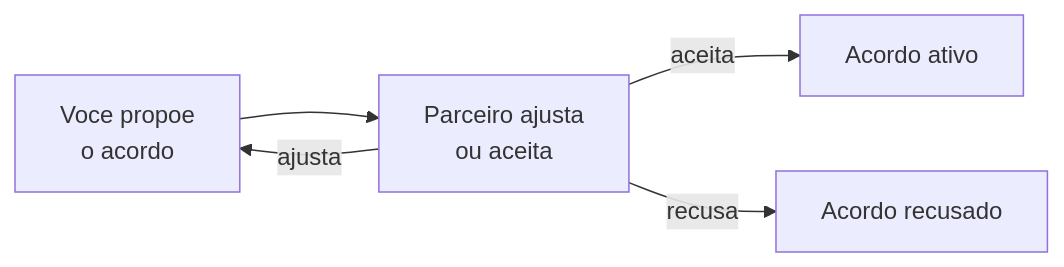
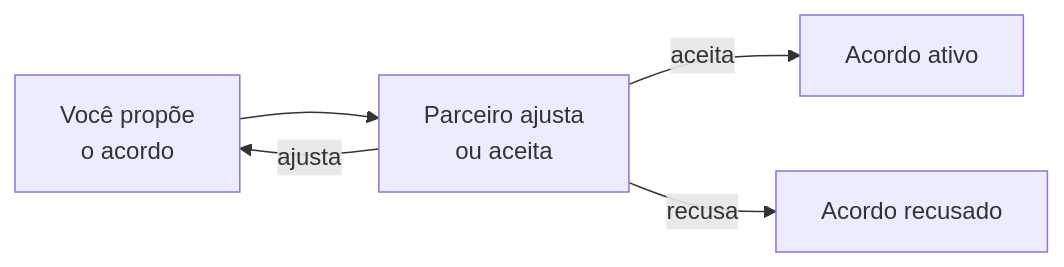
Before and after one commit to LocFlowTeam/locflow-docs: the first of 2 diagrams in configuracoes/programa-de-parceiros.md, drawn with Mermaid. The commit also changed other lines of this file and 26 other files, not shown here.

````diff
--- a/configuracoes/programa-de-parceiros.md
+++ b/configuracoes/programa-de-parceiros.md
@@ -47,7 +47,7 @@
 ```mermaid
 flowchart LR
-    A[Voce propoe<br/>o acordo] --> B[Parceiro ajusta<br/>ou aceita]
+    A[Você propõe<br/>o acordo] --> B[Parceiro ajusta<br/>ou aceita]
     B -->|aceita| C[Acordo ativo]
     B -->|ajusta| A
     B -->|recusa| D[Acordo recusado]
 ```
````
